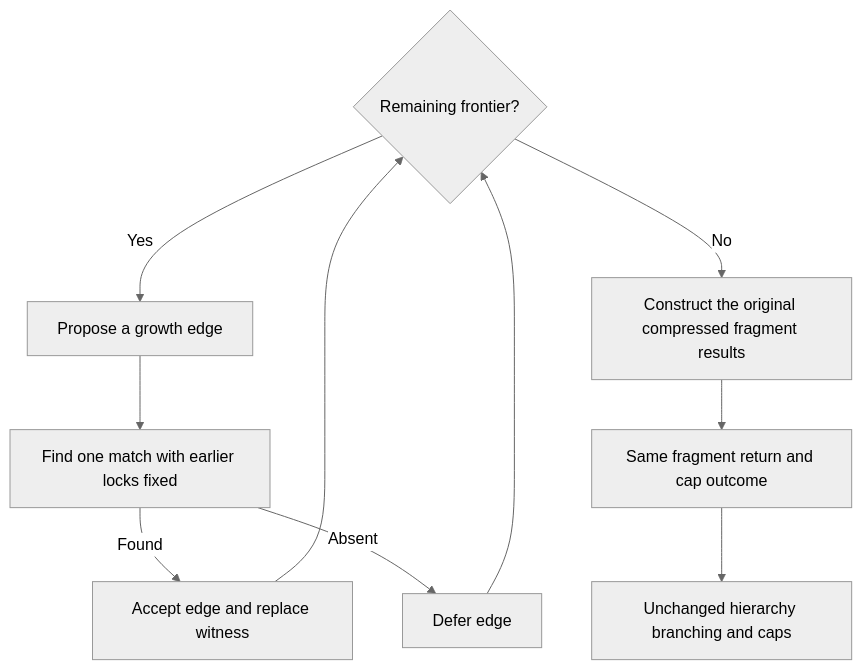
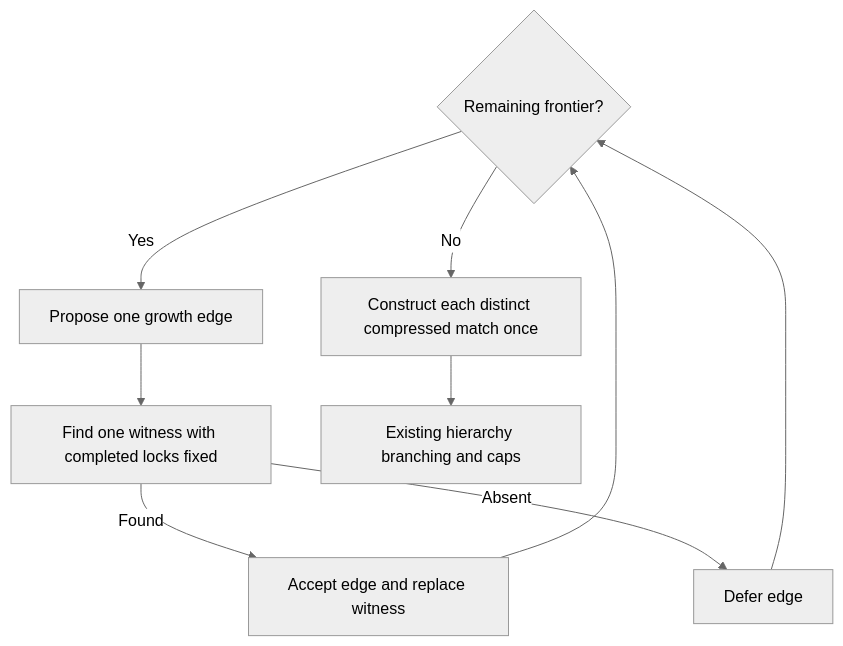
Before and after one commit to yunhzou/MAPPA-AAM: the second of 4 diagrams in design.md, drawn with Mermaid (neutral theme). The commit also changed other lines of this file and 63 other files, not shown here.

First line of the commit message:
Complete direct compressed fragment matching and remove legacy growth

````diff
--- a/design.md
+++ b/design.md
@@ -123,12 +98,11 @@
 ```mermaid
 flowchart TD
-    Frontier{Remaining frontier?} -->|Yes| Trial[Propose a growth edge]
-    Trial --> Query[Find one match with earlier locks fixed]
+    Frontier{Remaining frontier?} -->|Yes| Proposal[Propose one growth edge]
+    Proposal --> Query[Find one witness with completed locks fixed]
     Query -->|Found| Accept[Accept edge and replace witness]
     Query -->|Absent| Defer[Defer edge]
     Accept --> Frontier
     Defer --> Frontier
-    Frontier -->|No| Complete[Construct the original compressed fragment results]
-    Complete --> Return[Same fragment return and cap outcome]
-    Return --> Branch[Unchanged hierarchy branching and caps]
+    Frontier -->|No| Complete[Construct each distinct compressed match once]
+    Complete --> Branch[Existing hierarchy branching and caps]
 ```
````
